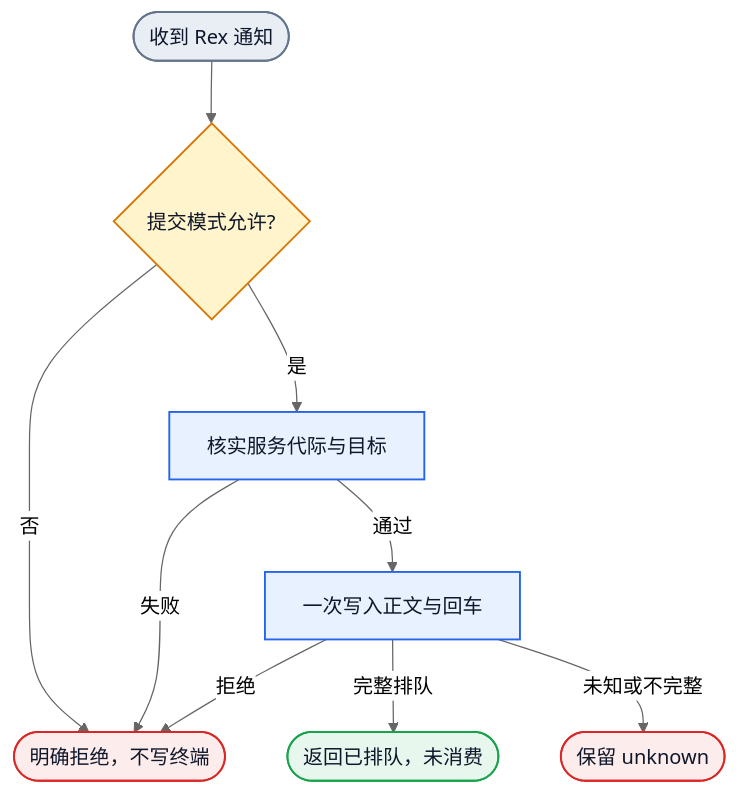
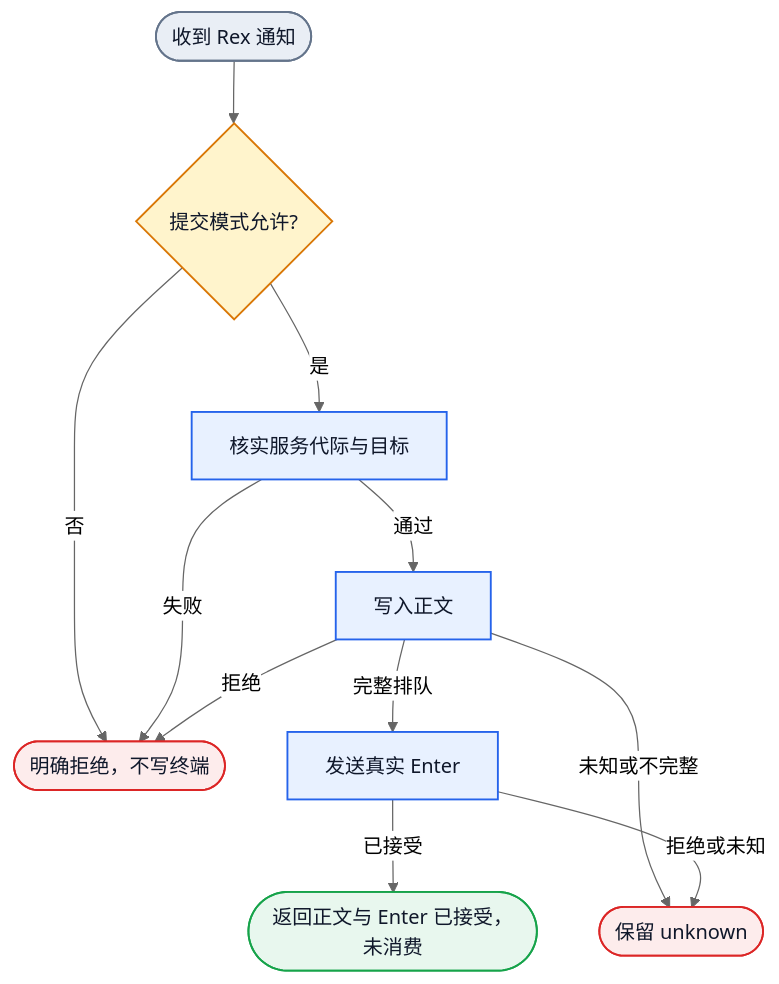
The first of 3 diagrams in docs/design/rex-collab-ontology-20261111.md (Jasonzhangf/appsdk), drawn with Mermaid (neutral theme) before and after one commit. The commit also changed other lines of this file and 13 other files, not shown here.

````diff
--- a/docs/design/rex-collab-ontology-20261111.md
+++ b/docs/design/rex-collab-ontology-20261111.md
@@ -69,17 +72,19 @@
 ```mermaid
 flowchart TD
   S([收到 Rex 通知]):::boundary --> M{提交模式允许?}:::decision
   M -->|否| NO([明确拒绝，不写终端]):::failure
   M -->|是| V[核实服务代际与目标]:::action
   V -->|失败| NO
-  V -->|通过| W[一次写入正文与回车]:::action
-  W -->|完整排队| OK([返回已排队，未消费]):::success
+  V -->|通过| W[写入正文]:::action
+  W -->|完整排队| E[发送真实 Enter]:::action
   W -->|拒绝| NO
   W -->|未知或不完整| UNK([保留 unknown]):::failure
+  E -->|已接受| OK([返回正文与 Enter 已接受，未消费]):::success
+  E -->|拒绝或未知| UNK
 
   classDef boundary fill:#E9EEF5,stroke:#64748B,color:#0F172A,stroke-width:1.5px
   classDef action fill:#E8F1FF,stroke:#2563EB,color:#0F172A,stroke-width:1.5px
   classDef decision fill:#FFF4CC,stroke:#D97706,color:#0F172A,stroke-width:1.5px
   classDef success fill:#E8F7EE,stroke:#16A34A,color:#0F172A,stroke-width:1.5px
   classDef failure fill:#FDECEC,stroke:#DC2626,color:#0F172A,stroke-width:1.5px
 ```
````
